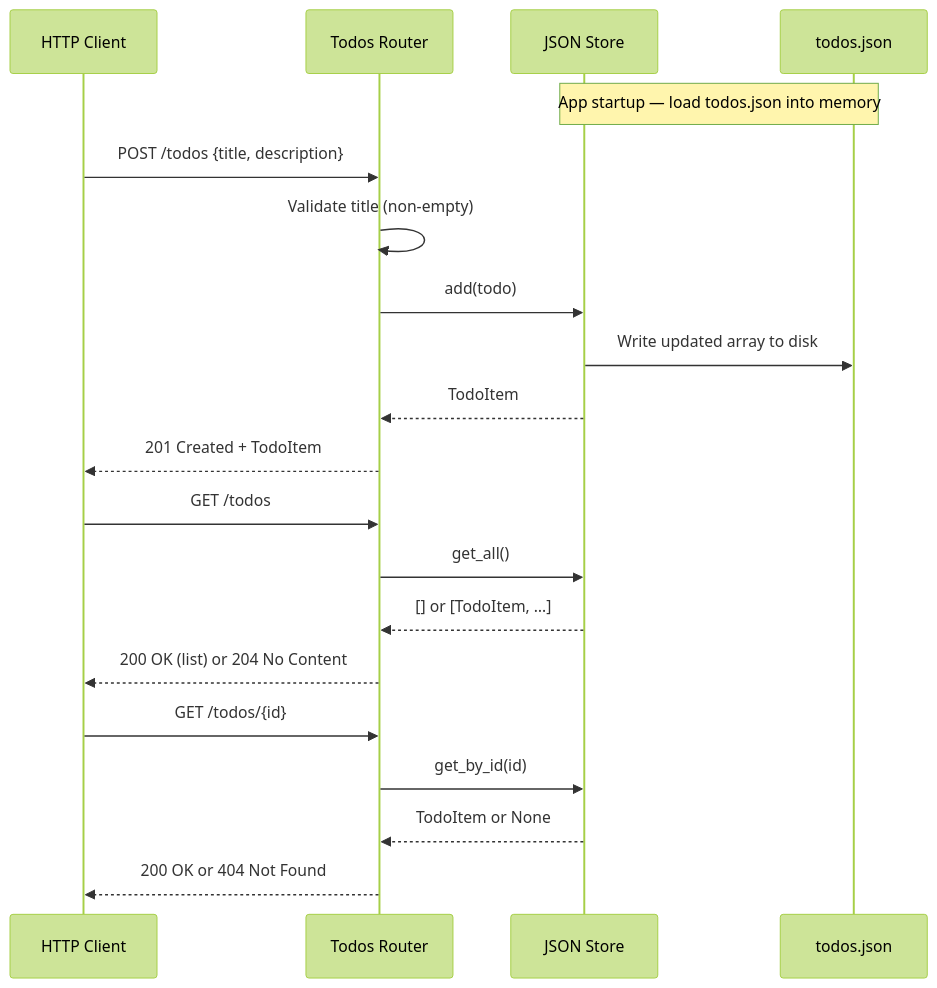
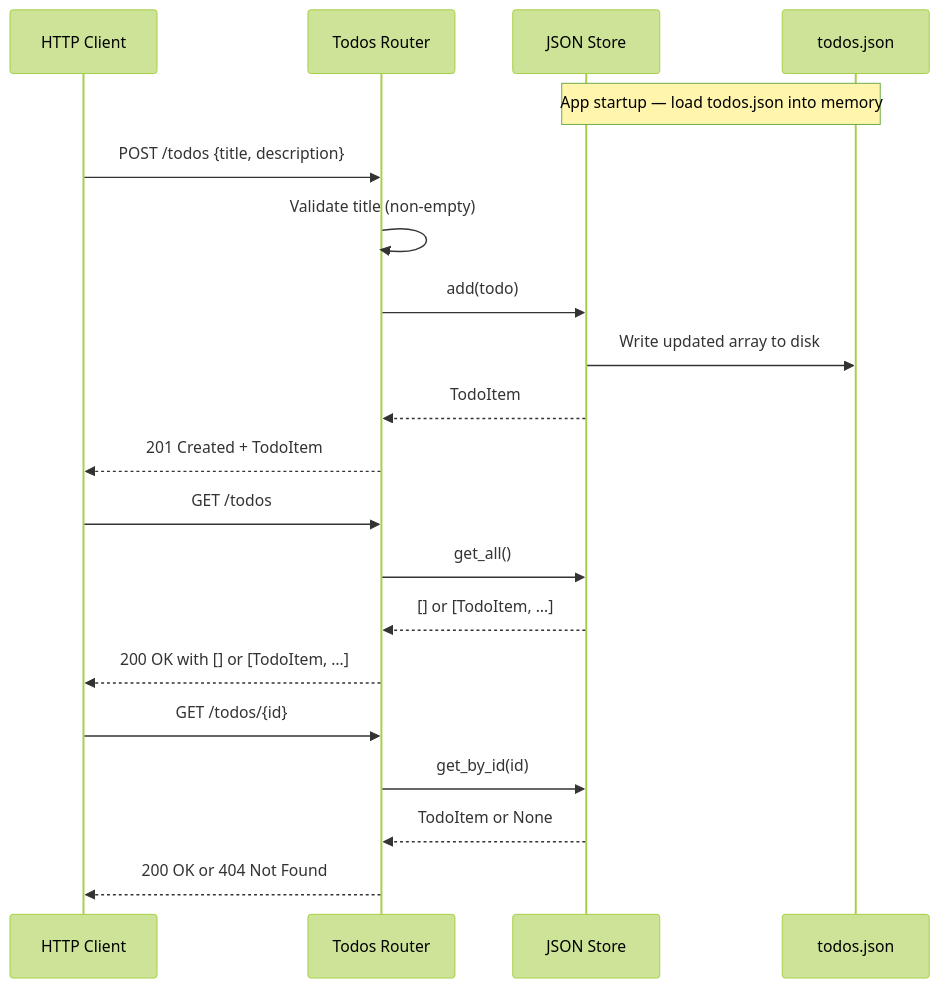
The second of 2 diagrams in .sdlc/SCRUM-8/architecture.md (SowmyaBakka/automated-doc-sync), drawn with Mermaid (forest theme) before and after one commit. The commit also changed other lines of this file and 1 other file, not shown here.

````diff
--- a/.sdlc/SCRUM-8/architecture.md
+++ b/.sdlc/SCRUM-8/architecture.md
@@ -84,26 +92,26 @@
 ```mermaid
 sequenceDiagram
     participant C as HTTP Client
     participant R as Todos Router
     participant S as JSON Store
     participant D as todos.json
 
     Note over S,D: App startup — load todos.json into memory
 
     C->>R: POST /todos {title, description}
     R->>R: Validate title (non-empty)
     R->>S: add(todo)
     S->>D: Write updated array to disk
     S-->>R: TodoItem
     R-->>C: 201 Created + TodoItem
 
     C->>R: GET /todos
     R->>S: get_all()
     S-->>R: [] or [TodoItem, …]
-    R-->>C: 200 OK (list) or 204 No Content
+    R-->>C: 200 OK with [] or [TodoItem, …]
 
     C->>R: GET /todos/{id}
     R->>S: get_by_id(id)
     S-->>R: TodoItem or None
     R-->>C: 200 OK or 404 Not Found
 ```
````
